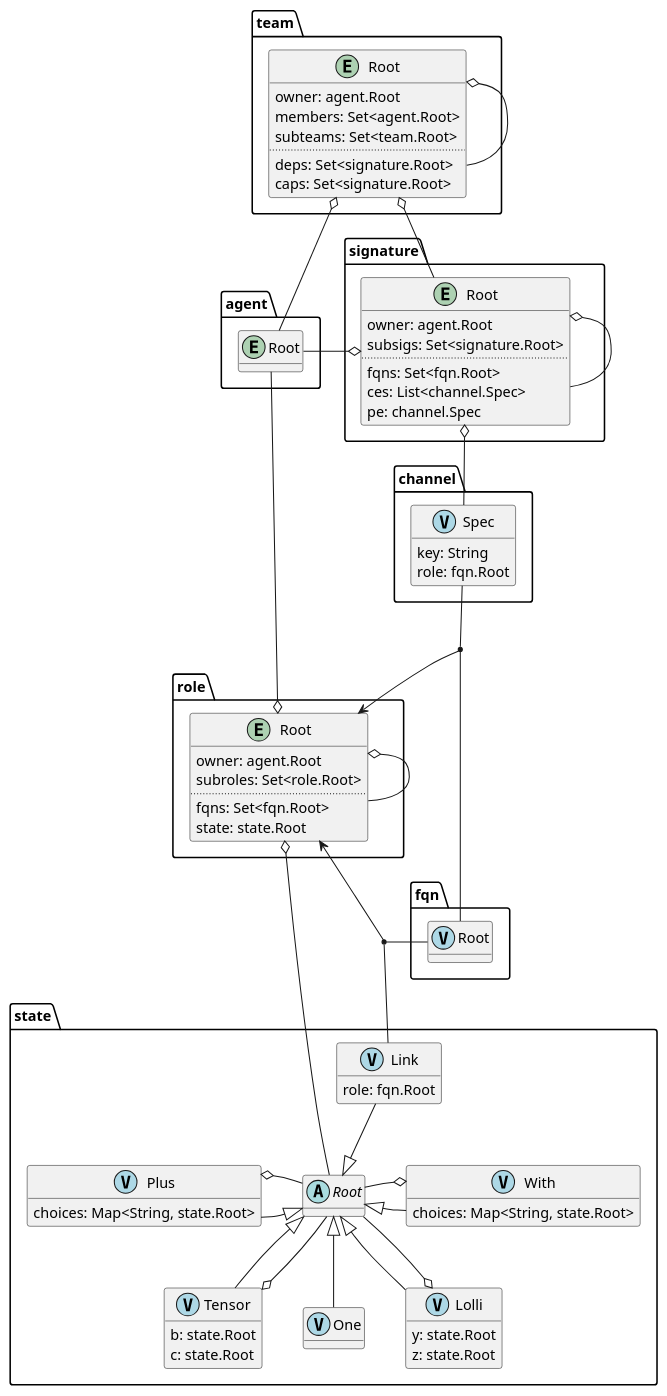
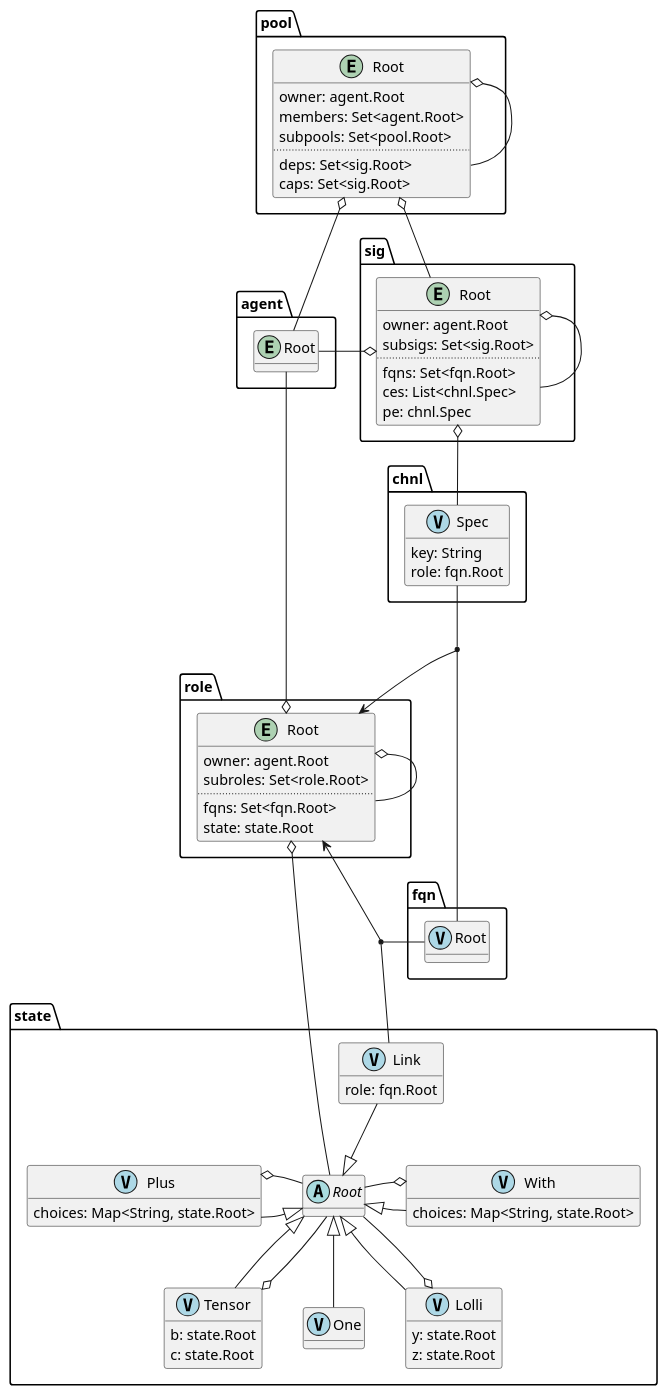
One commit to smecalculus/rolevod changed the diagram in app/er.puml. Above: the diagram before and after it, drawn with PlantUML. The commit also changed 15 other files, not shown here.

Commit message:
Rename team to pool

```diff
--- a/app/er.puml
+++ b/app/er.puml
@@ -1,108 +1,108 @@
 @startuml er
 
 skinparam nodesep 40
 hide empty methods
 
-package team {
+package pool {
     entity Root {
         owner: agent.Root
         members: Set<agent.Root>
-        subteams: Set<team.Root>
+        subpools: Set<pool.Root>
         ..
-        deps: Set<signature.Root>
-        caps: Set<signature.Root>
+        deps: Set<sig.Root>
+        caps: Set<sig.Root>
     }
     
     Root o-- Root
 }
 
 package agent {
     entity Root
 }
 
-package signature as sig {
+package sig as sig {
     entity Root {
         owner: agent.Root
-        subsigs: Set<signature.Root>
+        subsigs: Set<sig.Root>
         ..
         fqns: Set<fqn.Root>
-        ces: List<channel.Spec>
-        pe: channel.Spec
+        ces: List<chnl.Spec>
+        pe: chnl.Spec
     }
 
     Root o-- Root
 }
 
-package channel as chnl {
+package chnl as chnl {
     entity Spec <<(V,lightblue)>> {
         key: String
         role: fqn.Root
     }
 }
 
 package role {
     entity role.Root {
         owner: agent.Root
         subroles: Set<role.Root>
         ..
         fqns: Set<fqn.Root>
         state: state.Root
     }
 
     Root o-- Root
 }
 
 package state {
     abstract class Root
 
     entity Link <<(V,lightblue)>> {
         role: fqn.Root
     }
     entity Plus <<(V,lightblue)>> {
         choices: Map<String, state.Root>
     }
     entity With <<(V,lightblue)>> {
         choices: Map<String, state.Root>
     }
     entity Tensor <<(V,lightblue)>> {
         b: state.Root
         c: state.Root
     }
     entity One <<(V,lightblue)>>
     entity Lolli <<(V,lightblue)>> {
         y: state.Root
         z: state.Root
     }
 
     Root <|-u- Link
     Root <|-d- One
 
     Root <|-l- Plus
     Root -l-o Plus
     Root <|-r- With
     Root -r-o With
 
     Root <|-d- Tensor
     Root -d-o Tensor
     Root <|-d- Lolli
     Root -d-o Lolli
 }
 
 package "fqn" as fqn1 {
     entity Root <<(V,lightblue)>>
 }
 
-team.Root o-d- agent.Root
+pool.Root o-d- agent.Root
 sig.Root o-l- agent.Root
 role.Root o-u- agent.Root
 
-team.Root o-d- sig.Root
+pool.Root o-d- sig.Root
 sig.Root o-d- chnl.Spec
 role.Root o-d- state.Root
 
 chnl.Spec -d-> role.Root
 role.Root <-d- state.Link
 
 (chnl.Spec, role.Root) -- fqn1.Root
 (role.Root, state.Link) -- fqn1.Root
 @enduml
```
